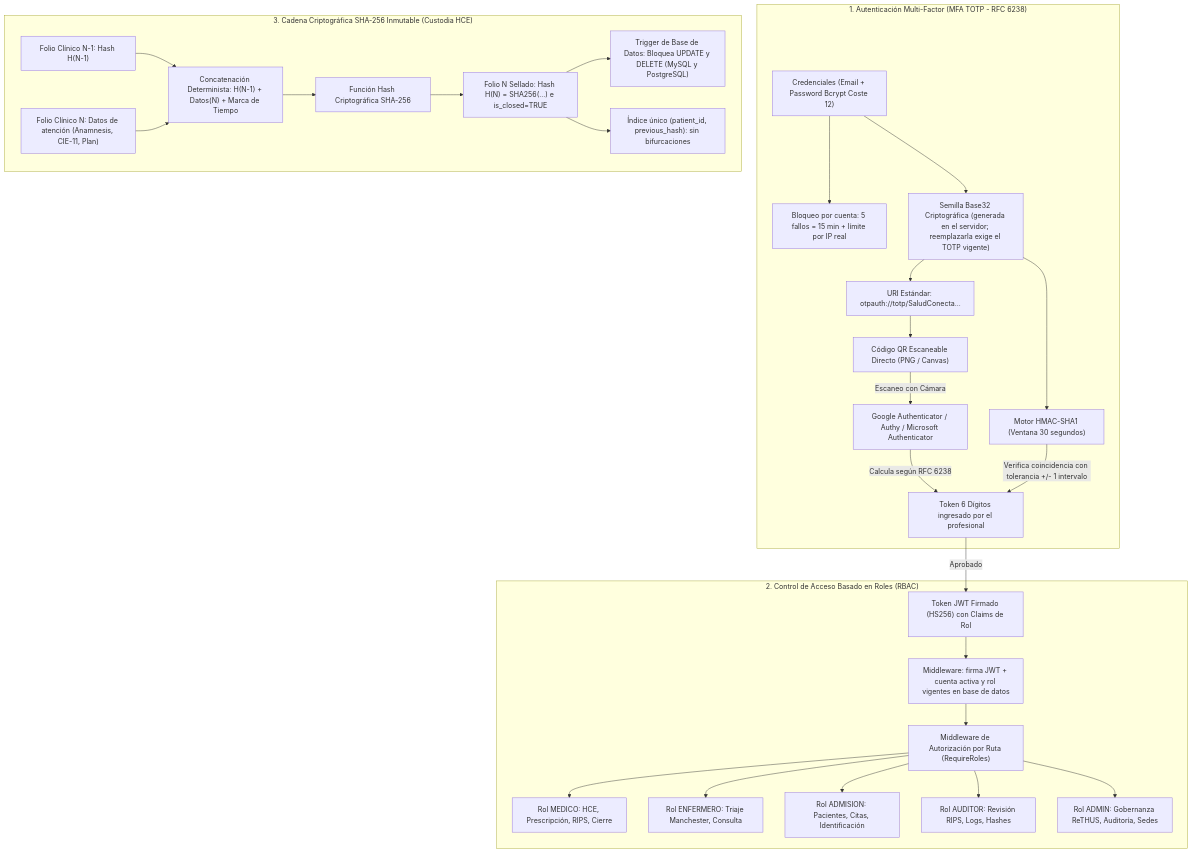
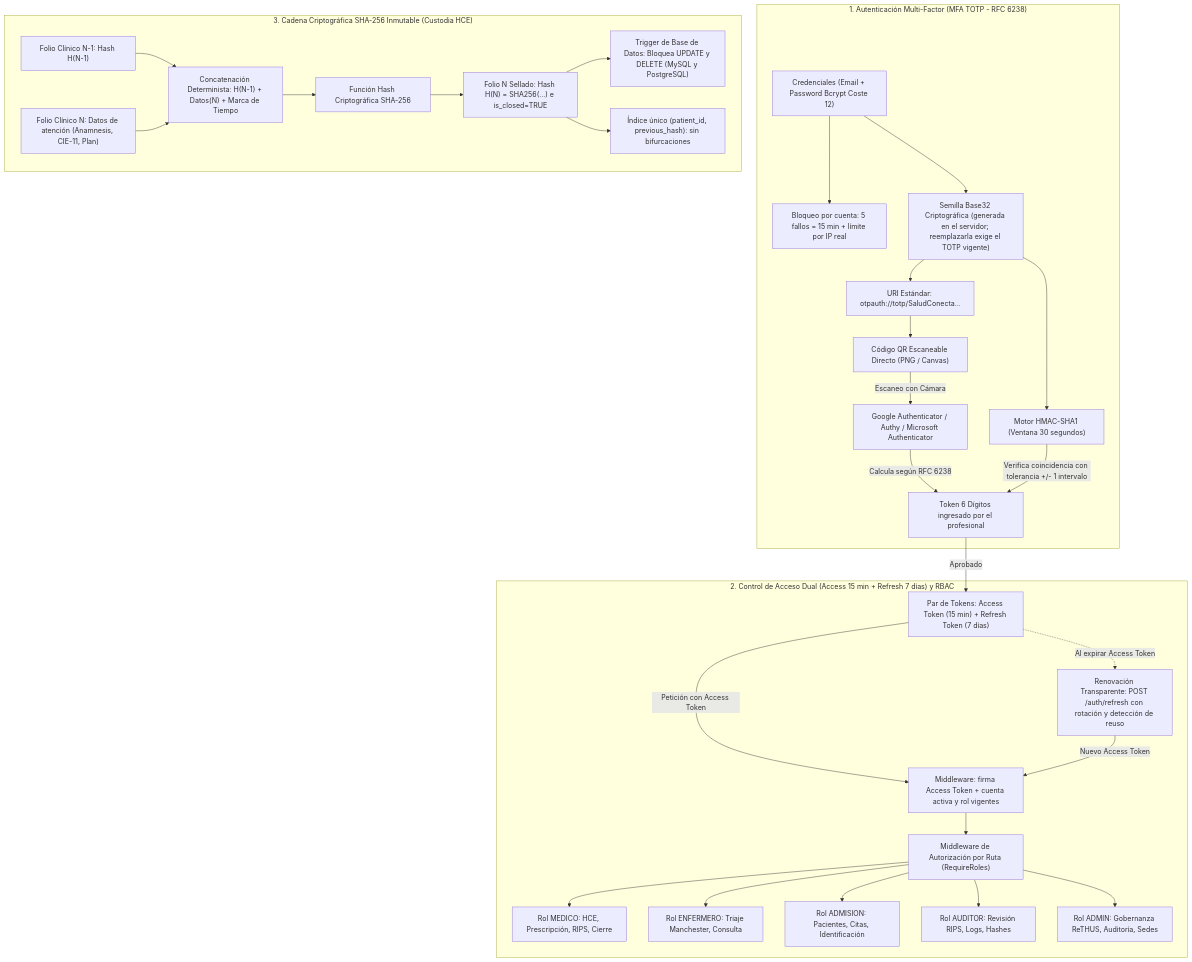
One commit to ThiagoVelez/Proyecto_felipe changed the second of 3 diagrams in README.md. Above: the diagram before and after it, drawn with Mermaid. The commit also changed other lines of this file and 22 other files, not shown here.

Commit message:
feat(seguridad): implementar esquema dual de tokens con renovacion transparente y rotacion owasp

````diff
--- a/README.md
+++ b/README.md
@@ -513,55 +171,58 @@
 ```mermaid
 flowchart TD
     subgraph MFAFlow ["1. Autenticación Multi-Factor (MFA TOTP - RFC 6238)"]
         Credentials["Credenciales (Email + Password Bcrypt Coste 12)"]
         Lockout["Bloqueo por cuenta: 5 fallos = 15 min + límite por IP real"]
         Base32Seed["Semilla Base32 Criptográfica (generada en el servidor; reemplazarla exige el TOTP vigente)"]
         QRURI["URI Estándar: otpauth://totp/SaludConecta..."]
         QRImage["Código QR Escaneable Directo (PNG / Canvas)"]
         PhoneApp["Google Authenticator / Authy / Microsoft Authenticator"]
         HMACEngine["Motor HMAC-SHA1 (Ventana 30 segundos)"]
         UserOTP["Token 6 Dígitos ingresado por el profesional"]
 
         Credentials --> Lockout
         Credentials --> Base32Seed
         Base32Seed --> QRURI
         QRURI --> QRImage
         QRImage -->|Escaneo con Cámara| PhoneApp
         PhoneApp -->|Calcula según RFC 6238| UserOTP
         Base32Seed --> HMACEngine
         HMACEngine -->|Verifica coincidencia con tolerancia +/- 1 intervalo| UserOTP
     end
 
-    subgraph RBACEngine ["2. Control de Acceso Basado en Roles (RBAC)"]
-        JWTToken["Token JWT Firmado (HS256) con Claims de Rol"]
-        SessionCheck["Middleware: firma JWT + cuenta activa y rol vigentes en base de datos"]
+    subgraph RBACEngine ["2. Control de Acceso Dual (Access 15 min + Refresh 7 días) y RBAC"]
+        TokensPair["Par de Tokens: Access Token (15 min) + Refresh Token (7 días)"]
+        SessionCheck["Middleware: firma Access Token + cuenta activa y rol vigentes"]
+        RefreshFlow["Renovación Transparente: POST /auth/refresh con rotación y detección de reuso"]
         RoleGuard["Middleware de Autorización por Ruta (RequireRoles)"]
         RoleMedico["Rol MEDICO: HCE, Prescripción, RIPS, Cierre"]
         RoleEnfermero["Rol ENFERMERO: Triaje Manchester, Consulta"]
         RoleAdmision["Rol ADMISION: Pacientes, Citas, Identificación"]
         RoleAuditor["Rol AUDITOR: Revisión RIPS, Logs, Hashes"]
         RoleAdmin["Rol ADMIN: Gobernanza ReTHUS, Auditoría, Sedes"]
 
-        UserOTP -->|Aprobado| JWTToken
-        JWTToken --> SessionCheck
+        UserOTP -->|Aprobado| TokensPair
+        TokensPair -->|Petición con Access Token| SessionCheck
+        TokensPair -.->|Al expirar Access Token| RefreshFlow
+        RefreshFlow -->|Nuevo Access Token| SessionCheck
         SessionCheck --> RoleGuard
         RoleGuard --> RoleMedico & RoleEnfermero & RoleAdmision & RoleAuditor & RoleAdmin
     end
 
     subgraph HashChaining ["3. Cadena Criptográfica SHA-256 Inmutable (Custodia HCE)"]
         FolioPrevio["Folio Clínico N-1: Hash H(N-1)"]
         FolioActual["Folio Clínico N: Datos de atención (Anamnesis, CIE-11, Plan)"]
         HashConcat["Concatenación Determinista: H(N-1) + Datos(N) + Marca de Tiempo"]
         EngineSHA256["Función Hash Criptográfica SHA-256"]
         FolioFirmado["Folio N Sellado: Hash H(N) = SHA256(...) e is_closed=TRUE"]
         SQLTrigger["Trigger de Base de Datos: Bloquea UPDATE y DELETE (MySQL y PostgreSQL)"]
         UniqueLink["Índice único (patient_id, previous_hash): sin bifurcaciones"]
 
         FolioPrevio --> HashConcat
         FolioActual --> HashConcat
         HashConcat --> EngineSHA256
         EngineSHA256 --> FolioFirmado
         FolioFirmado --> SQLTrigger
         FolioFirmado --> UniqueLink
     end
 ```
````
